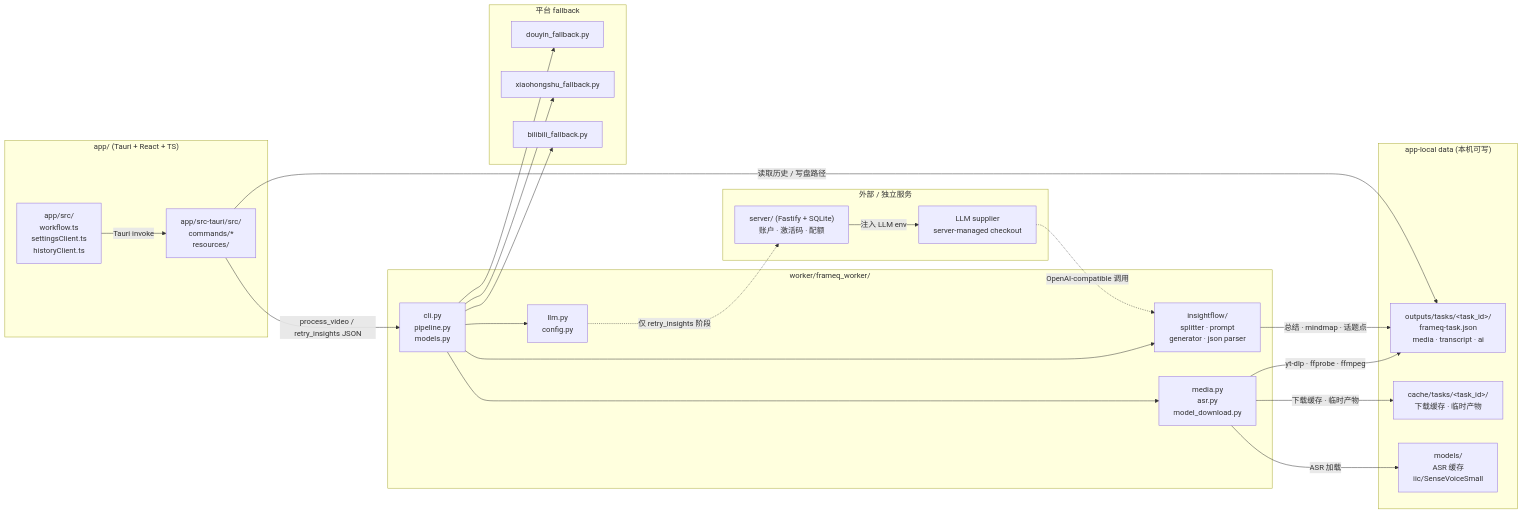
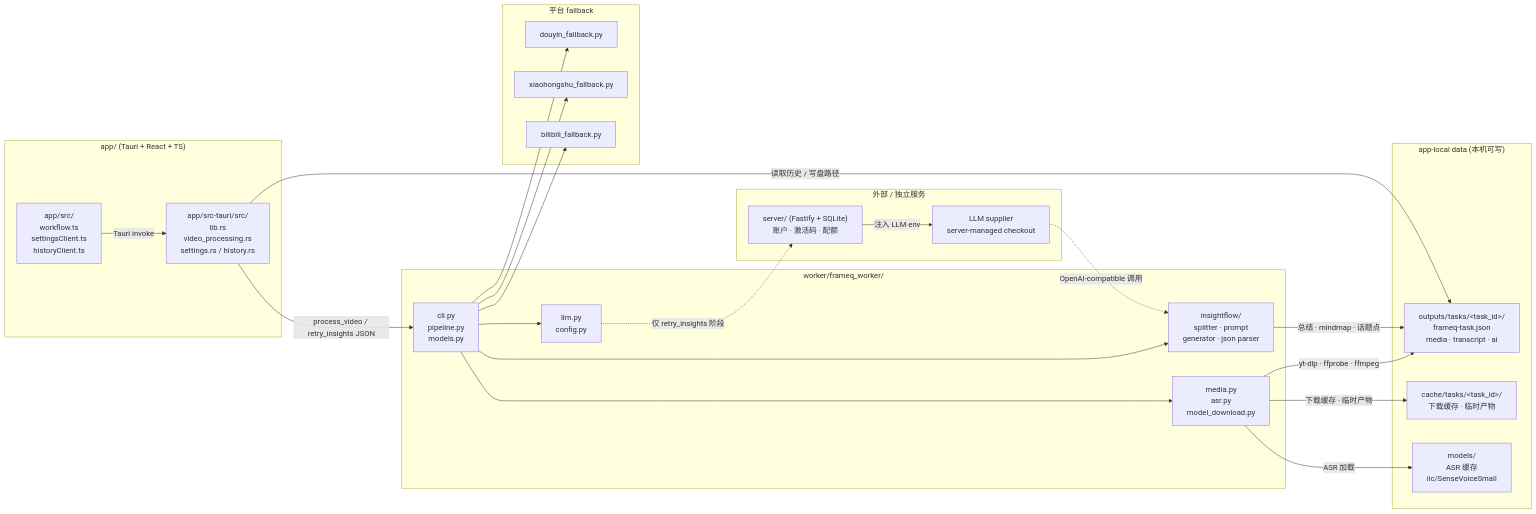
The diagram in docs/ARCHITECTURE.md (jiabai/FrameQ), drawn with Mermaid before and after one commit. The commit also changed other lines of this file and 24 other files, not shown here.

````diff
--- a/docs/ARCHITECTURE.md
+++ b/docs/ARCHITECTURE.md
@@ -173,48 +175,48 @@
 ```mermaid
 graph LR
   subgraph "app/ (Tauri + React + TS)"
     A1["app/src/<br/>workflow.ts<br/>settingsClient.ts<br/>historyClient.ts"]
-    A2["app/src-tauri/src/<br/>commands/*<br/>resources/"]
+    A2["app/src-tauri/src/<br/>lib.rs<br/>video_processing.rs<br/>settings.rs / history.rs"]
   end
 
   subgraph "worker/frameq_worker/"
     W1["cli.py<br/>pipeline.py<br/>models.py"]
     W2["media.py<br/>asr.py<br/>model_download.py"]
     W3["insightflow/<br/>splitter · prompt<br/>generator · json parser"]
     W4["llm.py<br/>config.py"]
   end
 
   subgraph "平台 fallback"
     F1["douyin_fallback.py"]
     F2["xiaohongshu_fallback.py"]
     F3["bilibili_fallback.py"]
   end
 
   subgraph "app-local data (本机可写)"
     D1["outputs/tasks/&lt;task_id&gt;/<br/>frameq-task.json<br/>media · transcript · ai"]
     D2["cache/tasks/&lt;task_id&gt;/<br/>下载缓存 · 临时产物"]
     D3["models/<br/>ASR 缓存<br/>iic/SenseVoiceSmall"]
   end
 
   subgraph "外部 / 独立服务"
     S1["server/ (Fastify + SQLite)<br/>账户 · 激活码 · 配额"]
     S2["LLM supplier<br/>server-managed checkout"]
   end
 
   A1 -->|Tauri invoke| A2
   A2 -->|process_video / retry_insights JSON| W1
   W1 --> W2
   W1 --> W3
   W1 --> W4
   W1 --> F1
   W1 --> F2
   W1 --> F3
   W2 -->|yt-dlp · ffprobe · ffmpeg| D1
   W2 -->|下载缓存 · 临时产物| D2
   W2 -->|ASR 加载| D3
   W3 -->|总结 · mindmap · 话题点| D1
   W4 -.->|仅 retry_insights 阶段| S1
   S1 -->|注入 LLM env| S2
   S2 -.->|OpenAI-compatible 调用| W3
   A2 -->|读取历史 / 写盘路径| D1
 ```
````
